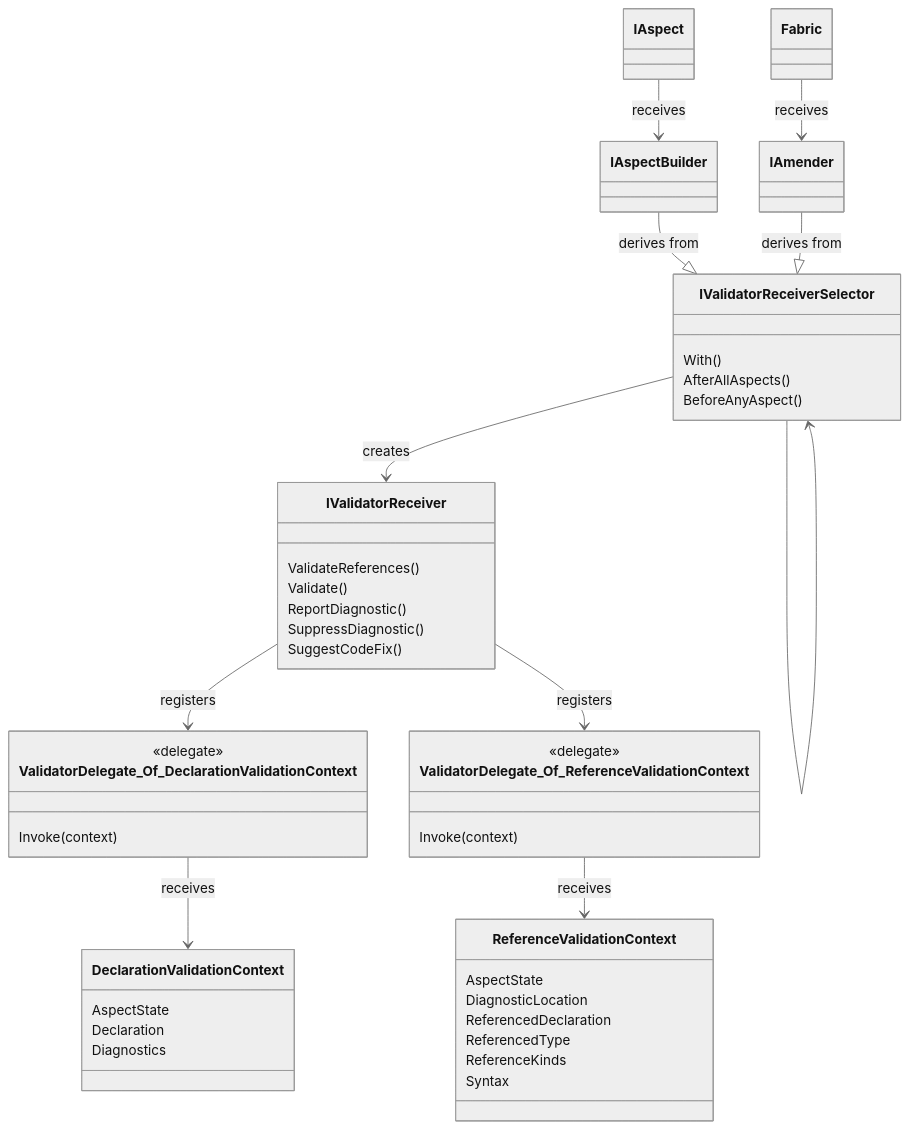
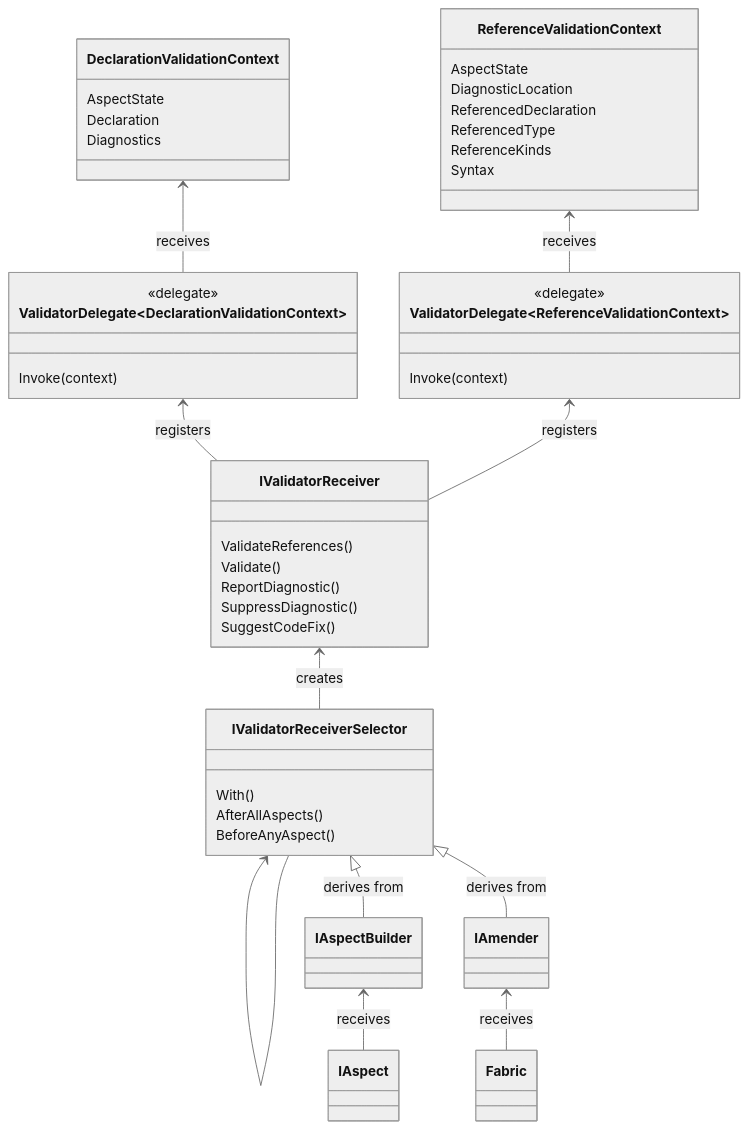
Before and after one commit to postsharp/Metalama.Documentation: the diagram in docfx/namespaces/Metalama.Framework.Validation.md, drawn with Mermaid (neutral theme). The commit also changed 9 other files, not shown here.

Commit message:
Improved class diagrams

````diff
--- a/docfx/namespaces/Metalama.Framework.Validation.md
+++ b/docfx/namespaces/Metalama.Framework.Validation.md
@@ -30,58 +30,58 @@
 ```mermaid
 classDiagram
 
-    class ValidatorDelegate_Of_DeclarationValidationContext{
+    class ValidatorDelegate~DeclarationValidationContext~{
         <<delegate>>
         Invoke(context)
     }
 
-     class ValidatorDelegate_Of_ReferenceValidationContext{
+     class ` ValidatorDelegate~ReferenceValidationContext~`{
         <<delegate>>
         Invoke(context)
     }
 
     class DeclarationValidationContext {
         AspectState
         Declaration
         Diagnostics
     }
 
     class ReferenceValidationContext {
         AspectState
         DiagnosticLocation
         ReferencedDeclaration
         ReferencedType
         ReferenceKinds
         Syntax
     }
 
     
     class IValidatorReceiver {
         ValidateReferences()
         Validate()
         ReportDiagnostic()
         SuppressDiagnostic()
         SuggestCodeFix()
     }
 
-    IValidatorReceiver --> ValidatorDelegate_Of_DeclarationValidationContext : registers
-    IValidatorReceiver --> ValidatorDelegate_Of_ReferenceValidationContext : registers
+    ValidatorDelegate~DeclarationValidationContext~ <-- IValidatorReceiver : registers
+    ` ValidatorDelegate~ReferenceValidationContext~` <-- IValidatorReceiver : registers
 
-ValidatorDelegate_Of_DeclarationValidationContext --> DeclarationValidationContext  : receives
-    ValidatorDelegate_Of_ReferenceValidationContext --> ReferenceValidationContext : receives
+DeclarationValidationContext <-- ValidatorDelegate~DeclarationValidationContext~  : receives
+    ReferenceValidationContext <-- ` ValidatorDelegate~ReferenceValidationContext~` : receives
 
     class IValidatorReceiverSelector {
         With()
         AfterAllAspects()
         BeforeAnyAspect()
     }
 
-    IValidatorReceiverSelector --> IValidatorReceiver : creates
-    IValidatorReceiverSelector --> IValidatorReceiverSelector
+    IValidatorReceiver <-- IValidatorReceiverSelector : creates
+    IValidatorReceiverSelector <-- IValidatorReceiverSelector
 
-    IAspectBuilder --|> IValidatorReceiverSelector : derives from
-    IAmender --|> IValidatorReceiverSelector : derives from
-    IAspect --> IAspectBuilder : receives
-    Fabric --> IAmender : receives
+    IValidatorReceiverSelector <|-- IAspectBuilder : derives from
+    IValidatorReceiverSelector <|-- IAmender : derives from
+    IAspectBuilder <-- IAspect : receives
+    IAmender <-- Fabric : receives
 
 ```
````
